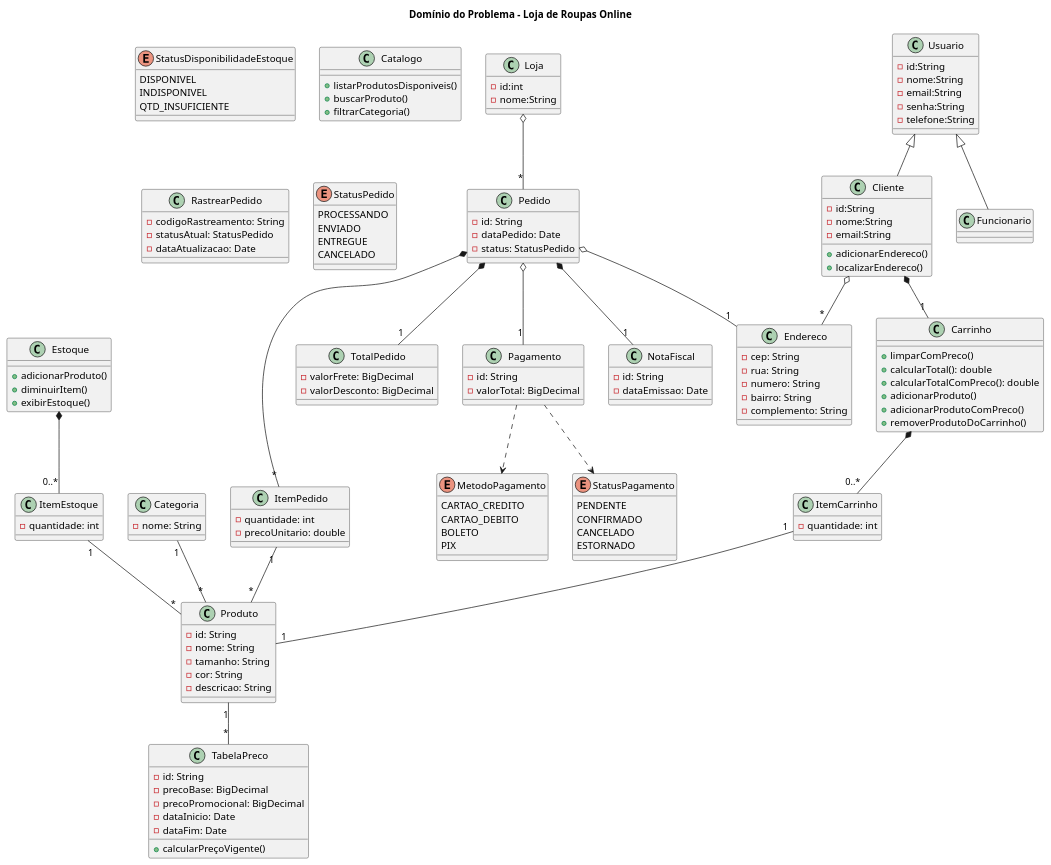
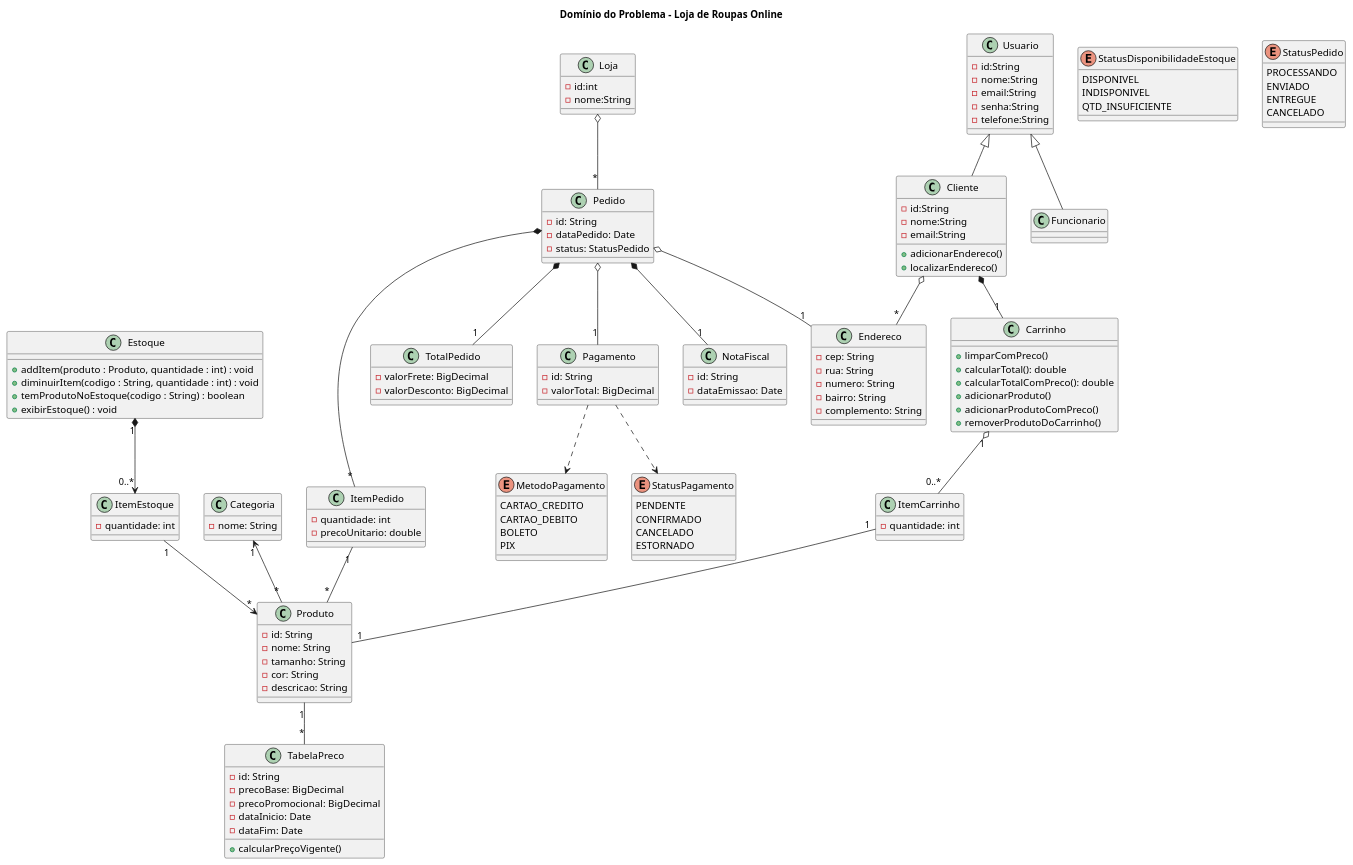
One commit to Wyklify/projeto_lojaOline_final changed the first of 2 diagrams in Uml_Final.plantuml. Above: the diagram before and after it, drawn with PlantUML. The commit also changed other lines of this file and 12 other files, not shown here.

```diff
--- a/Uml_Final.plantuml
+++ b/Uml_Final.plantuml
@@ -14,19 +14,20 @@
 
 class ItemEstoque {
     -quantidade: int
-    
+
 }
 
 class Categoria {
     -nome: String
-    
+
 }
 
 'atualize o uml do estoque, pois ele não condiz com o algoritmo.
 class Estoque {
-    +adicionarProduto()
-    +diminuirItem()
-    +exibirEstoque()
+    + addItem(produto : Produto, quantidade : int) : void
+    + diminuirItem(codigo : String, quantidade : int) : void
+    + temProdutoNoEstoque(codigo : String) : boolean
+    + exibirEstoque() : void
     
 }
 
@@ -78,8 +79,8 @@
 
 class ItemCarrinho {
     -quantidade: int
-    
-    
+
+
 }
 
 class Carrinho {
@@ -92,11 +93,6 @@
     +removerProdutoDoCarrinho()
 }
 
-class Catalogo {
-    +listarProdutosDisponiveis()
-    +buscarProduto()
-    +filtrarCategoria()
-}
 
 class Pedido {
     -id: String
@@ -107,7 +103,7 @@
 class ItemPedido {
     -quantidade: int
     -precoUnitario: double
-    
+
 }
 
 class TotalPedido {
@@ -121,11 +117,7 @@
 
 }
 
-class RastrearPedido {
-    -codigoRastreamento: String
-    -statusAtual: StatusPedido
-    -dataAtualizacao: Date
-}
+
 
 class NotaFiscal {
     -id: String
@@ -164,16 +156,16 @@
 Produto "1" -- "*" TabelaPreco
 
 ' Estoque possui ItemEstoque (composição)
-Estoque *-- "0..*" ItemEstoque
+Estoque "1" *--> "0..*" ItemEstoque
 
 ' ItemEstoque referencia Produto (associação)
-ItemEstoque "1" -- "*" Produto
+ItemEstoque "1" --> "*" Produto
 
-' Produto pertence a uma categoria (agregação)
-Categoria "1" -- "*" Produto
+' Produto associa-se a Categoria (associação)
+Categoria "1" <-- "*" Produto
 
-' Carrinho é composto por ItemCarrinho
-Carrinho *-- "0..*" ItemCarrinho
+' Carrinho é agregado por ItemCarrinho
+Carrinho "1" o-- "0..*" ItemCarrinho
 
 ' ItemCarrinho associa Produto
 ItemCarrinho "1" -- "1" Produto
@@ -203,7 +195,7 @@
 Pedido *-- "1" NotaFiscal
 
 ' Pagamento é associado ao Pedido (composição — depende do Pedido)
-Pedido o-- "1" Pagamento 
+Pedido o-- "1" Pagamento
 
 ' Pagamento usa enums
 Pagamento ..> MetodoPagamento
```
